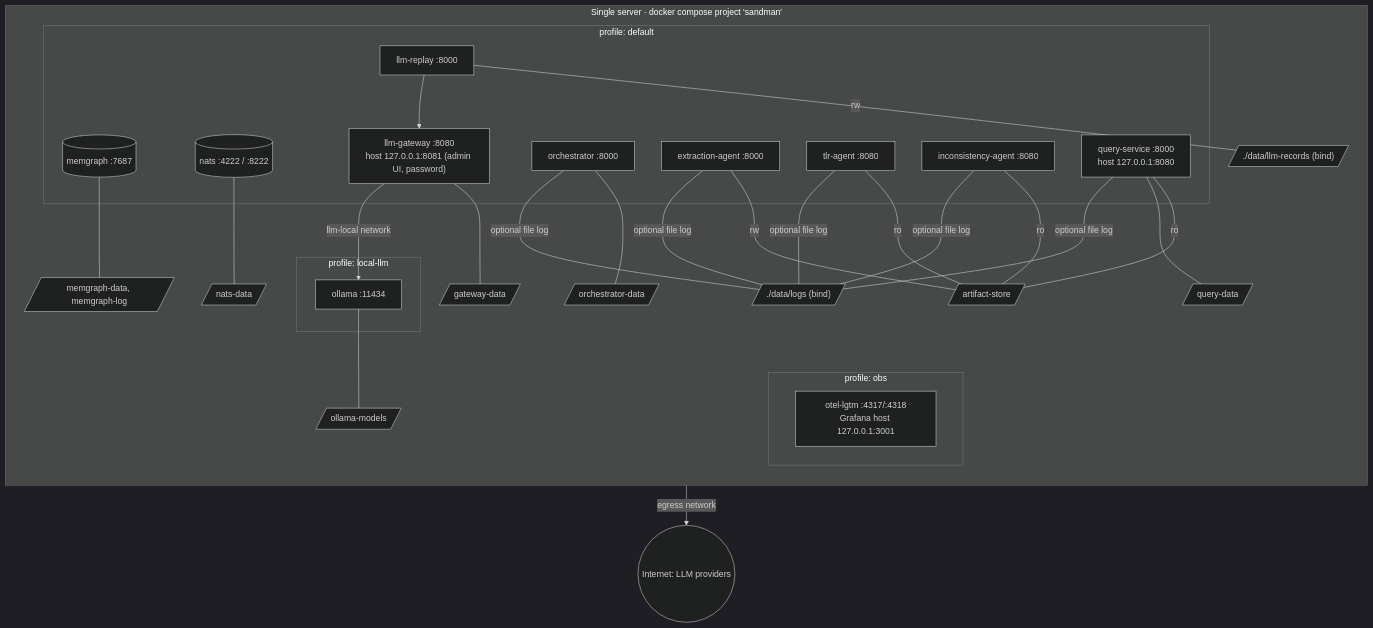
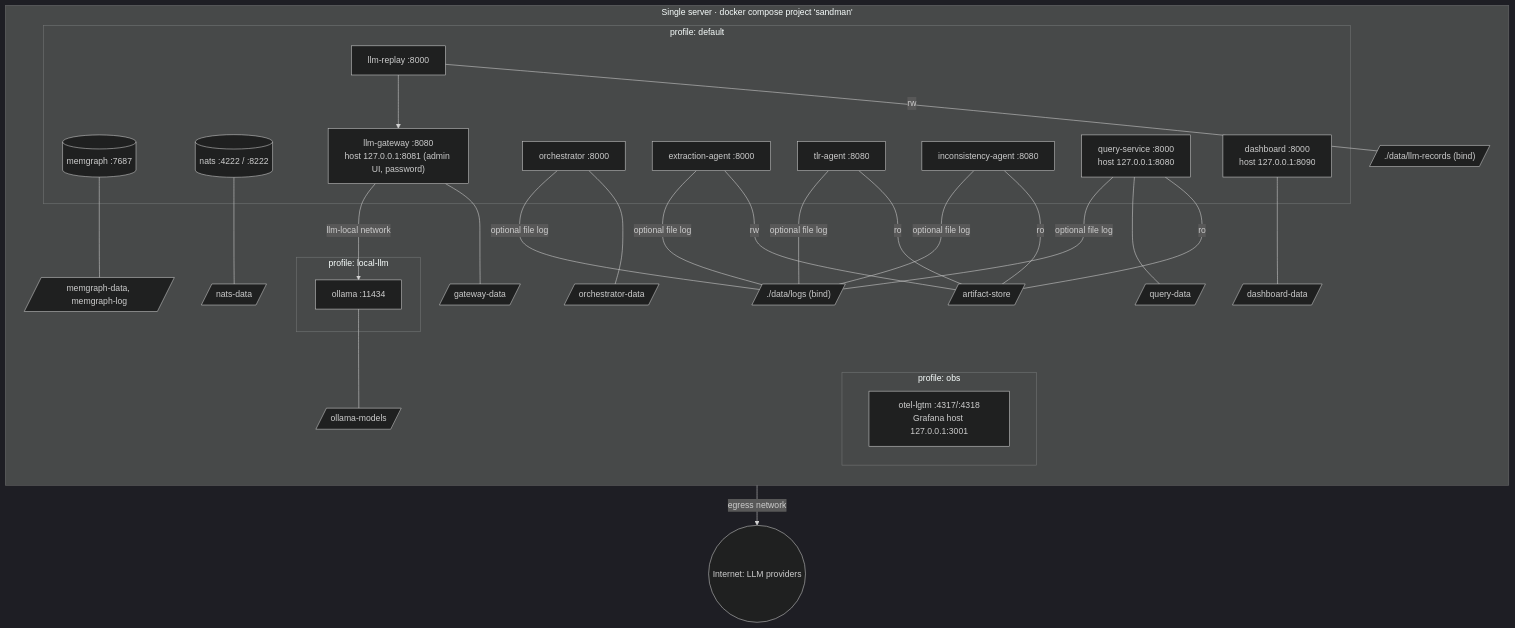
The third of 9 diagrams in docs/stage-1-analysis-architecture.md (ardoco/sandman), drawn with Mermaid (dark theme) before and after one commit. The commit also changed other lines of this file and 4 other files, not shown here.

````diff
--- a/docs/stage-1-analysis-architecture.md
+++ b/docs/stage-1-analysis-architecture.md
@@ -249,46 +270,49 @@
 ```mermaid
 flowchart TB
   subgraph host["Single server · docker compose project 'sandman'"]
     direction TB
     subgraph core["profile: default"]
       qs["query-service :8000<br/>host 127.0.0.1:8080"]
+      dash["dashboard :8000<br/>host 127.0.0.1:8090"]
       orch[orchestrator :8000]
       ext[extraction-agent :8000]
       tlr[tlr-agent :8080]
       inc[inconsistency-agent :8080]
       mg[("memgraph :7687")]
       nats[("nats :4222 / :8222")]
       gw["llm-gateway :8080<br/>host 127.0.0.1:8081 (admin UI, password)"]
       rp["llm-replay :8000"]
     end
     subgraph obs["profile: obs"]
       lgtm["otel-lgtm :4317/:4318<br/>Grafana host 127.0.0.1:3001"]
     end
     subgraph llm["profile: local-llm"]
       ollama["ollama :11434"]
     end
     v1[/memgraph-data, memgraph-log/]
     v2[/nats-data/]
     v3[/gateway-data/]
     v4[/orchestrator-data/]
     v5[/artifact-store/]
     v6[/"./data/llm-records (bind)"/]
     v7[/ollama-models/]
     v8[/query-data/]
     v9[/"./data/logs (bind)"/]
+    v10[/dashboard-data/]
   end
   internet((Internet: LLM providers))
   mg --- v1
   nats --- v2
   gw --- v3
   orch --- v4
   ext ---|rw| v5
   tlr & inc & qs ---|ro| v5
   rp ---|rw| v6
   ollama --- v7
   qs --- v8
   ext & tlr & inc & qs & orch ---|"optional file log"| v9
+  dash --- v10
   gw -->|egress network| internet
   rp --> gw
   gw -->|llm-local network| ollama
 ```
````
